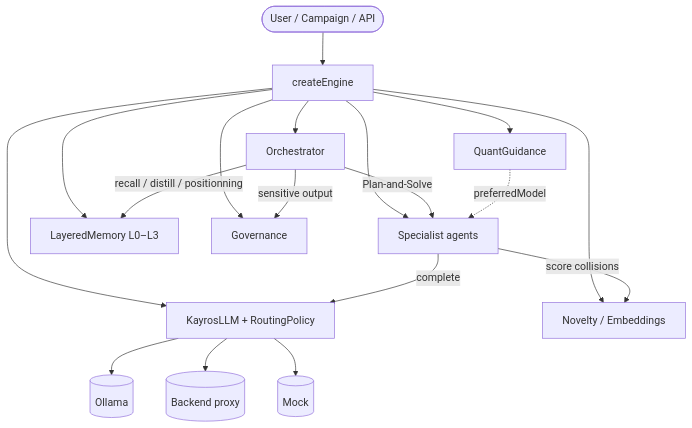
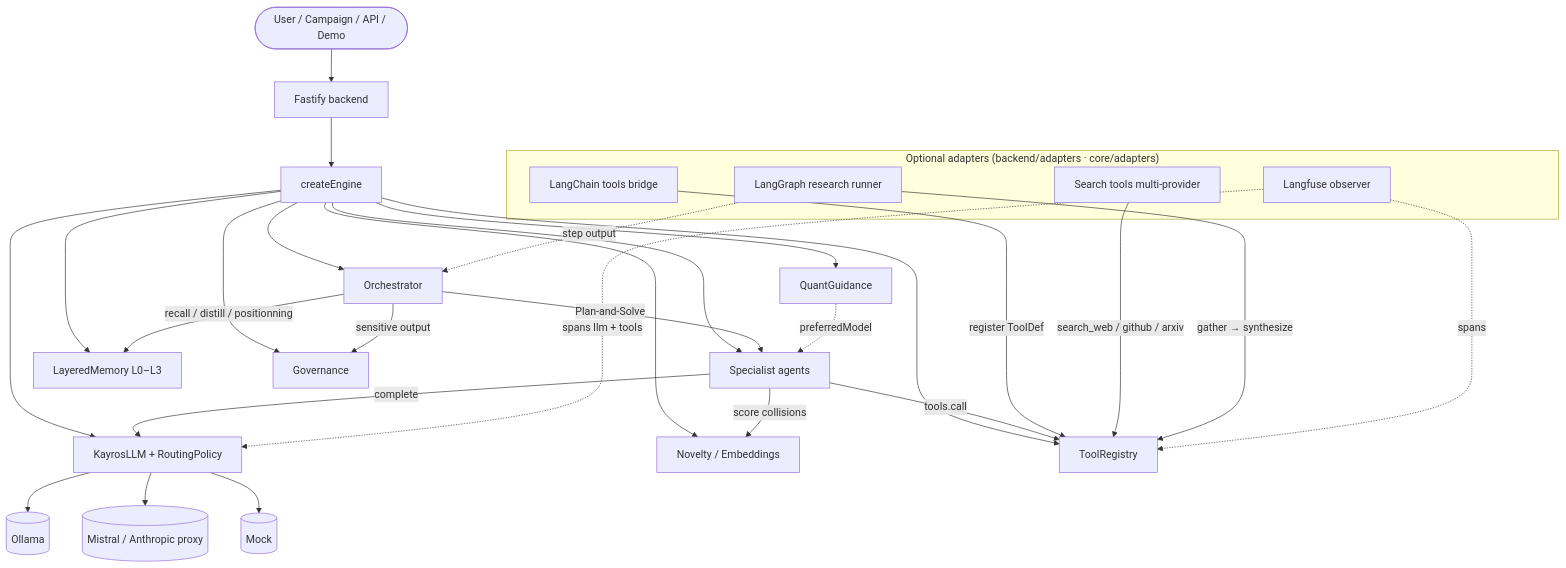
One commit to Geoking2104/KayrosLab changed the third of 4 diagrams in README.md. Above: the diagram before and after it, drawn with Mermaid. The commit also changed other lines of this file, not shown here.

Commit message:
docs(v16): README engine architecture diagram + adapters layout + roadmap

````diff
--- a/README.md
+++ b/README.md
@@ -256,22 +267,39 @@
 ```mermaid
 flowchart TB
-  USER([User / Campaign / API]) --> ENG[createEngine]
+  USER([User / Campaign / API / Demo]) --> API[Fastify backend]
+  API --> ENG[createEngine]
   ENG --> ORCH[Orchestrator]
   ENG --> AGENTS[Specialist agents]
   ENG --> MEM[LayeredMemory L0–L3]
   ENG --> LLM[KayrosLLM + RoutingPolicy]
   ENG --> GOV[Governance]
   ENG --> QG[QuantGuidance]
   ENG --> NOV[Novelty / Embeddings]
+  ENG --> TOOLS[ToolRegistry]
 
   ORCH -->|Plan-and-Solve| AGENTS
   ORCH -->|recall / distill / positionning| MEM
   AGENTS -->|complete| LLM
   AGENTS -->|score collisions| NOV
+  AGENTS -->|tools.call| TOOLS
   ORCH -->|sensitive output| GOV
   QG -.->|preferredModel| AGENTS
 
   LLM --> P1[(Ollama)]
-  LLM --> P2[(Backend proxy)]
+  LLM --> P2[(Mistral / Anthropic proxy)]
   LLM --> P3[(Mock)]
+
+  subgraph PERIPH["Optional adapters (backend/adapters · core/adapters)"]
+    LC[LangChain tools bridge]
+    LG[LangGraph research runner]
+    SRCH[Search tools multi-provider]
+    LF[Langfuse observer]
+  end
+
+  LC -->|register ToolDef| TOOLS
+  SRCH -->|search_web / github / arxiv| TOOLS
+  LG -->|gather → synthesize| TOOLS
+  LG -.->|step output| ORCH
+  LF -.->|spans llm + tools| LLM
+  LF -.->|spans| TOOLS
 ```
````
